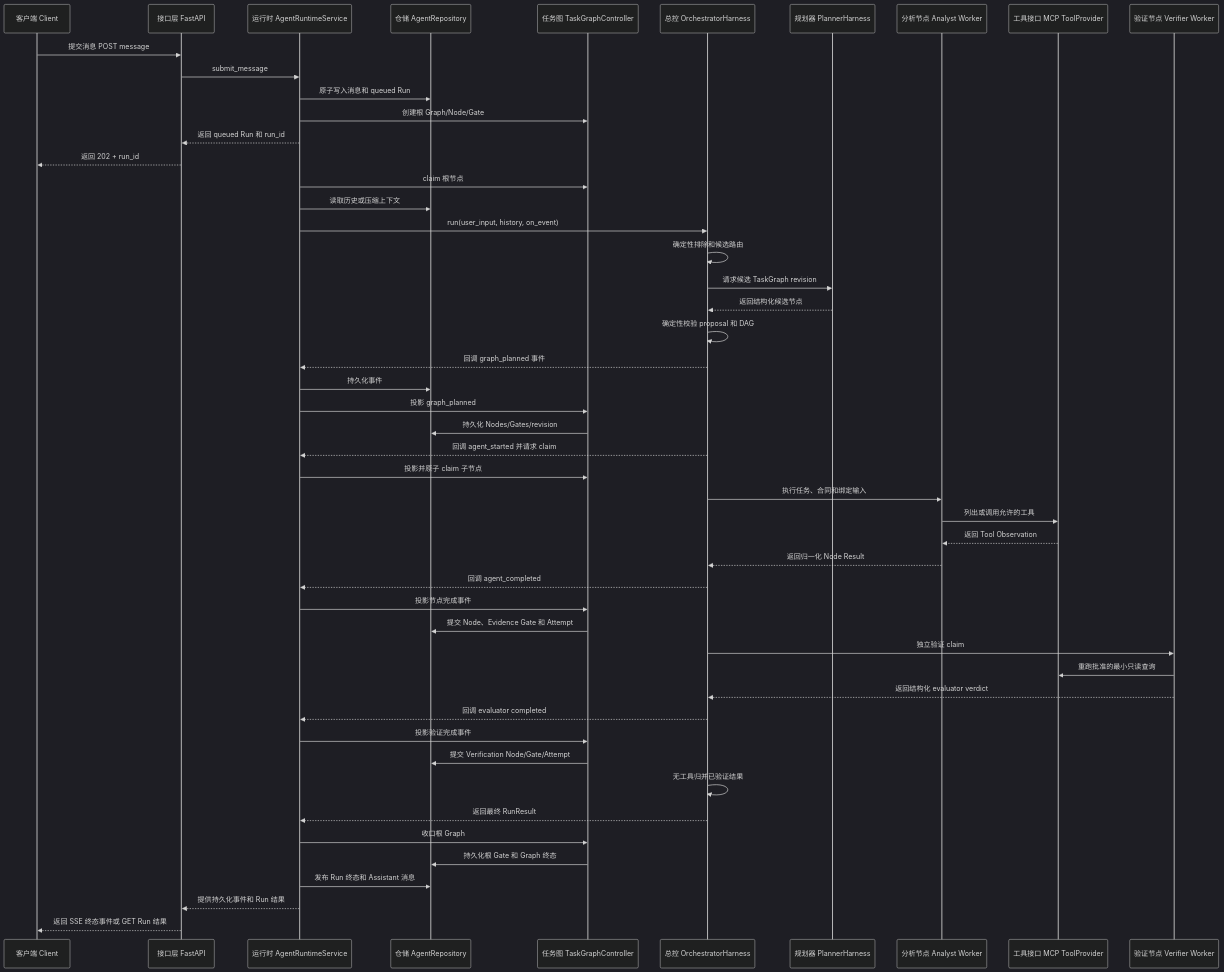
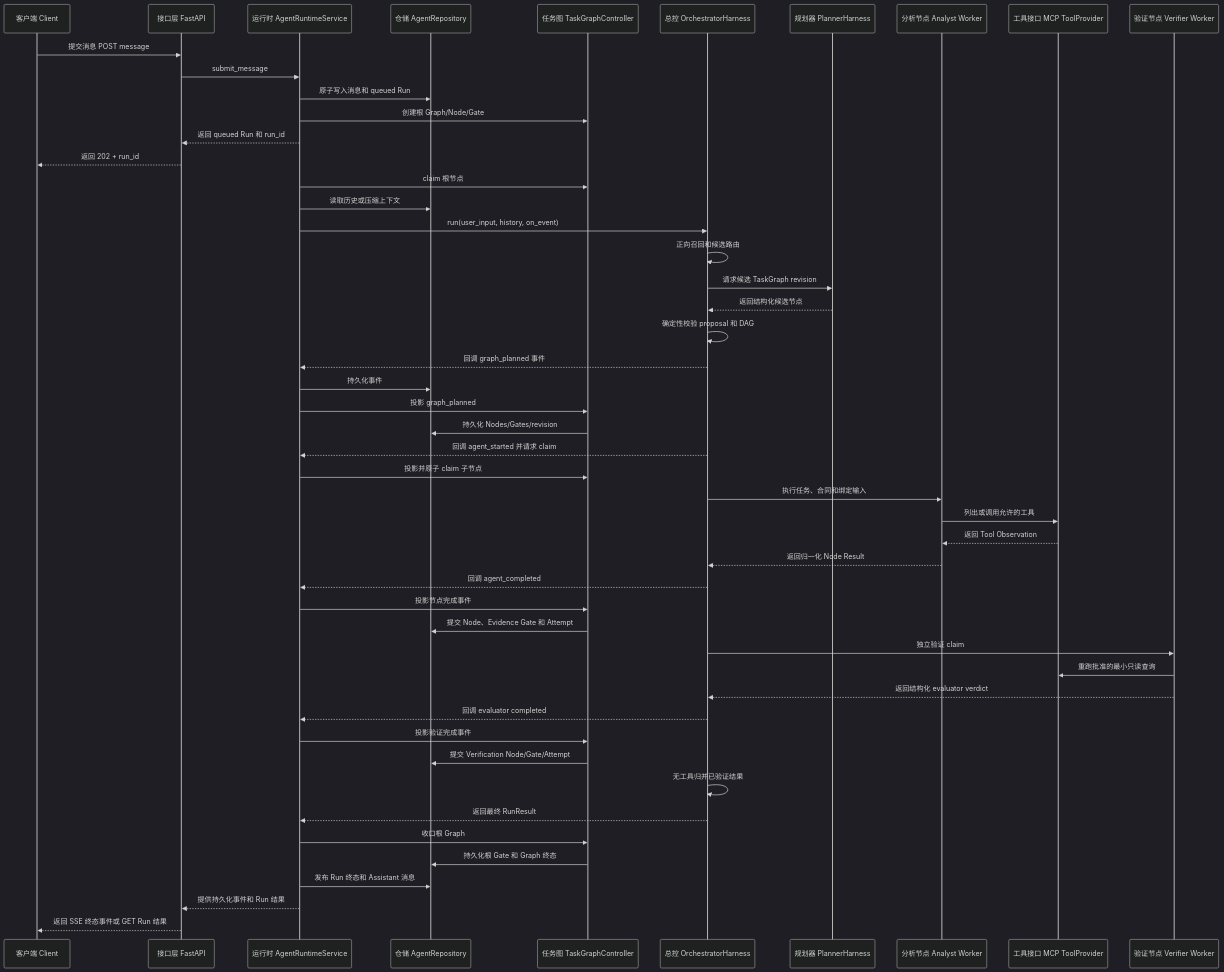
Before and after one commit to KawhiWei/nino-agent: the second of 2 diagrams in doc/task-level-harness-design.md, drawn with Mermaid (dark theme). The commit also changed other lines of this file and 25 other files, not shown here.

````diff
--- a/doc/task-level-harness-design.md
+++ b/doc/task-level-harness-design.md
@@ -234,53 +234,53 @@
 ```mermaid
 sequenceDiagram
     participant C as 客户端 Client
     participant A as 接口层 FastAPI
     participant R as 运行时 AgentRuntimeService
     participant DB as 仓储 AgentRepository
     participant G as 任务图 TaskGraphController
     participant O as 总控 OrchestratorHarness
     participant P as 规划器 PlannerHarness
     participant W as 分析节点 Analyst Worker
     participant T as 工具接口 MCP ToolProvider
     participant V as 验证节点 Verifier Worker
 
     C->>A: 提交消息 POST message
     A->>R: submit_message
     R->>DB: 原子写入消息和 queued Run
     R->>G: 创建根 Graph/Node/Gate
     R-->>A: 返回 queued Run 和 run_id
     A-->>C: 返回 202 + run_id
     R->>G: claim 根节点
     R->>DB: 读取历史或压缩上下文
     R->>O: run(user_input, history, on_event)
-    O->>O: 确定性排除和候选路由
+    O->>O: 正向召回和候选路由
     O->>P: 请求候选 TaskGraph revision
     P-->>O: 返回结构化候选节点
     O->>O: 确定性校验 proposal 和 DAG
     O-->>R: 回调 graph_planned 事件
     R->>DB: 持久化事件
     R->>G: 投影 graph_planned
     G->>DB: 持久化 Nodes/Gates/revision
     O-->>R: 回调 agent_started 并请求 claim
     R->>G: 投影并原子 claim 子节点
     O->>W: 执行任务、合同和绑定输入
     W->>T: 列出或调用允许的工具
     T-->>W: 返回 Tool Observation
     W-->>O: 返回归一化 Node Result
     O-->>R: 回调 agent_completed
     R->>G: 投影节点完成事件
     G->>DB: 提交 Node、Evidence Gate 和 Attempt
     O->>V: 独立验证 claim
     V->>T: 重跑批准的最小只读查询
     V-->>O: 返回结构化 evaluator verdict
     O-->>R: 回调 evaluator completed
     R->>G: 投影验证完成事件
     G->>DB: 提交 Verification Node/Gate/Attempt
     O->>O: 无工具归并已验证结果
     O-->>R: 返回最终 RunResult
     R->>G: 收口根 Graph
     G->>DB: 持久化根 Gate 和 Graph 终态
     R->>DB: 发布 Run 终态和 Assistant 消息
     R-->>A: 提供持久化事件和 Run 结果
     A-->>C: 返回 SSE 终态事件或 GET Run 结果
 ```
````
